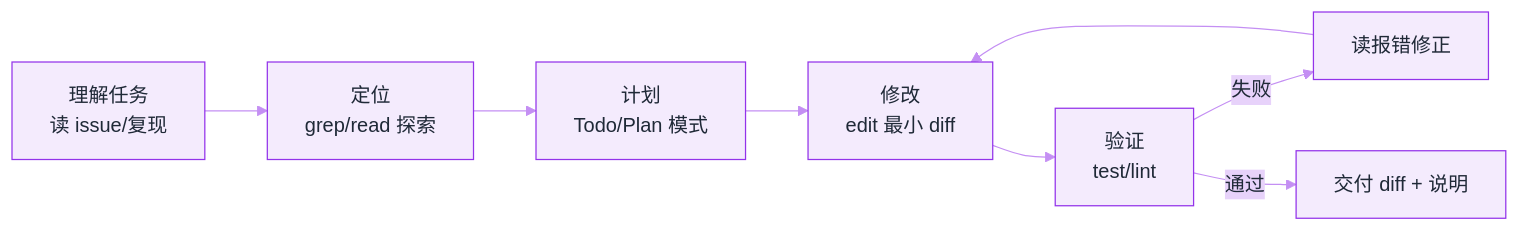
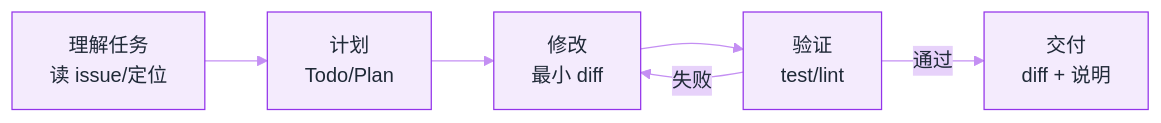
Before and after one commit to funny8kids/ai-agent-handbook: the diagram in docs/12-applications/coding-agent.md, drawn with Mermaid. The commit also changed 45 other files, not shown here.

First line of the commit message:
Thicken 12 thin pages, clear 25 over-width diagrams, re-proportion 10 thin-ribbon diagrams

````diff
--- a/docs/12-applications/coding-agent.md
+++ b/docs/12-applications/coding-agent.md
@@ -62,11 +62,9 @@
 ```mermaid
 %%{init: {"theme":"base","themeVariables":{"primaryColor":"#F4EBFD","primaryBorderColor":"#9333EA","primaryTextColor":"#1F2937","secondaryColor":"#E7D2FA","tertiaryColor":"#FBF7FE","lineColor":"#C48FF3","actorBkg":"#F6EFFD","actorBorder":"#9333EA","actorTextColor":"#1F2937","signalColor":"#B370F0","noteBkgColor":"#ECDAFB","noteBorderColor":"#9333EA","noteTextColor":"#1F2937","labelBoxBkgColor":"#F4EBFD","labelBoxBorderColor":"#9333EA"}}}%%
 flowchart LR
-  A[理解任务<br/>读 issue/复现] --> B[定位<br/>grep/read 探索]
-  B --> C[计划<br/>Todo/Plan 模式]
-  C --> D[修改<br/>edit 最小 diff]
-  D --> E[验证<br/>test/lint]
-  E -- 失败 --> B2[读报错修正]
-  B2 --> D
-  E -- 通过 --> F[交付 diff + 说明]
+  A["理解任务<br/>读 issue/定位"] --> B[计划<br/>Todo/Plan]
+  B --> C[修改<br/>最小 diff]
+  C --> D[验证<br/>test/lint]
+  D -- 失败 --> C
+  D -- 通过 --> E[交付<br/>diff + 说明]
 ```
````
